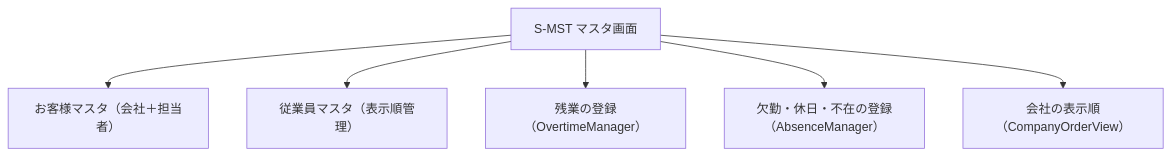
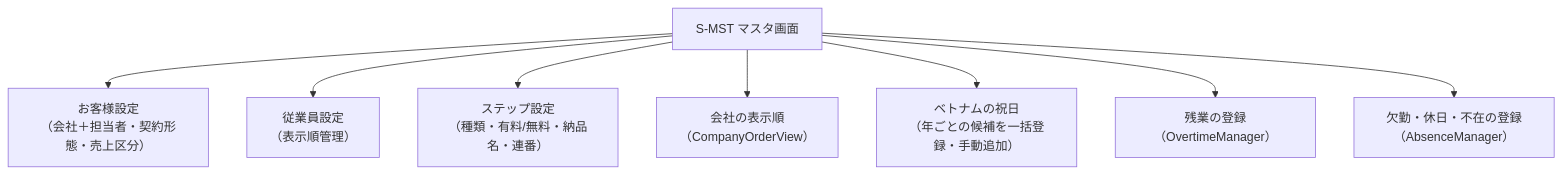
One commit to NAKAMUAR/koutei-zu changed the sixth of 8 diagrams in docs/05_画面遷移図.md. Above: the diagram before and after it, drawn with Mermaid. The commit also changed other lines of this file and 5 other files, not shown here.

````diff
--- a/docs/05_画面遷移図.md
+++ b/docs/05_画面遷移図.md
@@ -171,9 +236,11 @@
 ```mermaid
 flowchart TD
     MST["S-MST マスタ画面"]
-    MST --> SEC1["お客様マスタ（会社＋担当者）"]
-    MST --> SEC2["従業員マスタ（表示順管理）"]
-    MST --> SEC3["残業の登録（OvertimeManager）"]
-    MST --> SEC4["欠勤・休日・不在の登録（AbsenceManager）"]
-    MST --> SEC5["会社の表示順（CompanyOrderView）"]
+    MST --> T1["お客様設定<br/>（会社＋担当者・契約形態・売上区分）"]
+    MST --> T2["従業員設定<br/>（表示順管理）"]
+    MST --> T3["ステップ設定<br/>（種類・有料/無料・納品名・連番）"]
+    MST --> T4["会社の表示順<br/>（CompanyOrderView）"]
+    MST --> T5["ベトナムの祝日<br/>（年ごとの候補を一括登録・手動追加）"]
+    MST --> OT["残業の登録（OvertimeManager）"]
+    MST --> AB["欠勤・休日・不在の登録（AbsenceManager）"]
 ```
````
